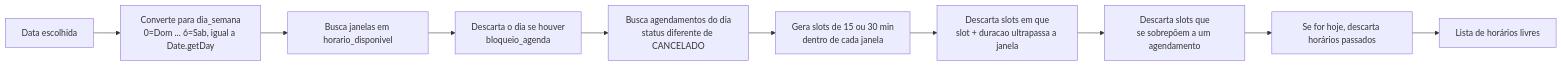
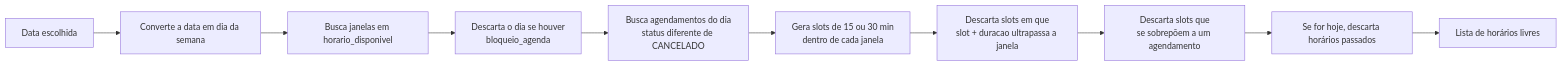
Before and after one commit to Random01-01/BD2: the third of 5 diagrams in docs/MODELAGEM.md, drawn with Mermaid. The commit also changed other lines of this file and 45 other files, not shown here.

````diff
--- a/docs/MODELAGEM.md
+++ b/docs/MODELAGEM.md
@@ -204,12 +198,12 @@
 ```mermaid
 flowchart LR
-    A[Data escolhida] --> B[Converte para dia_semana<br/>0=Dom ... 6=Sab, igual a Date.getDay]
+    A[Data escolhida] --> B[Converte a data em dia da semana]
     B --> C[Busca janelas em horario_disponivel]
     C --> C2[Descarta o dia se houver<br/>bloqueio_agenda]
     C2 --> D[Busca agendamentos do dia<br/>status diferente de CANCELADO]
     D --> E[Gera slots de 15 ou 30 min<br/>dentro de cada janela]
     E --> F[Descarta slots em que<br/>slot + duracao ultrapassa a janela]
     F --> G[Descarta slots que<br/>se sobrepõem a um agendamento]
     G --> H[Se for hoje, descarta horários passados]
     H --> I[Lista de horários livres]
 ```
````
